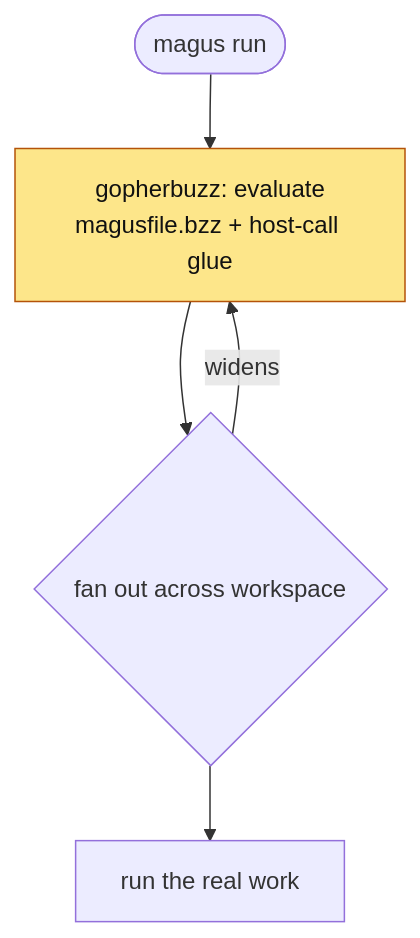
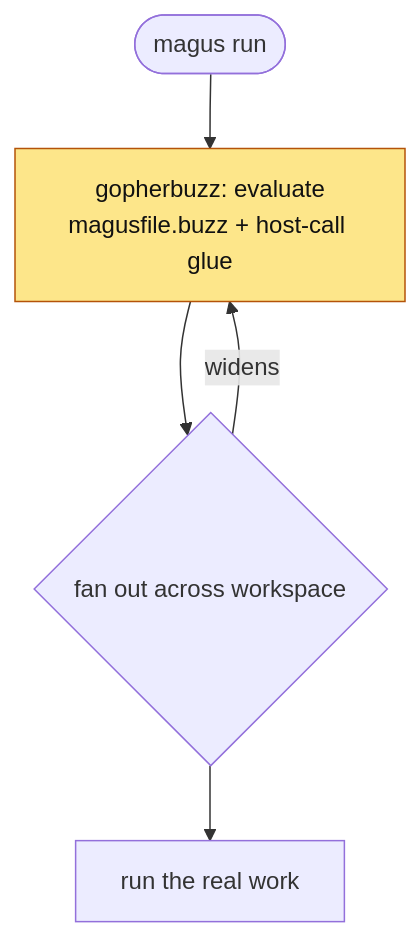
The third of 4 diagrams in gopherbuzz/README.md (egladman/magus), drawn with Mermaid before and after one commit. The commit also changed other lines of this file and 472 other files, not shown here.

````diff
--- a/gopherbuzz/README.md
+++ b/gopherbuzz/README.md
@@ -69,9 +69,9 @@
 ```mermaid
 flowchart TD
-    A([magus run]) --> B["gopherbuzz: evaluate<br/>magusfile.bzz + host-call glue"]
+    A([magus run]) --> B["gopherbuzz: evaluate<br/>magusfile.buzz + host-call glue"]
     B --> C{fan out across workspace}
     C -->|widens| B
     C --> D[run the real work]
     B:::hot
     classDef hot fill:#fde68a,stroke:#b45309,color:#111
 ```
````
